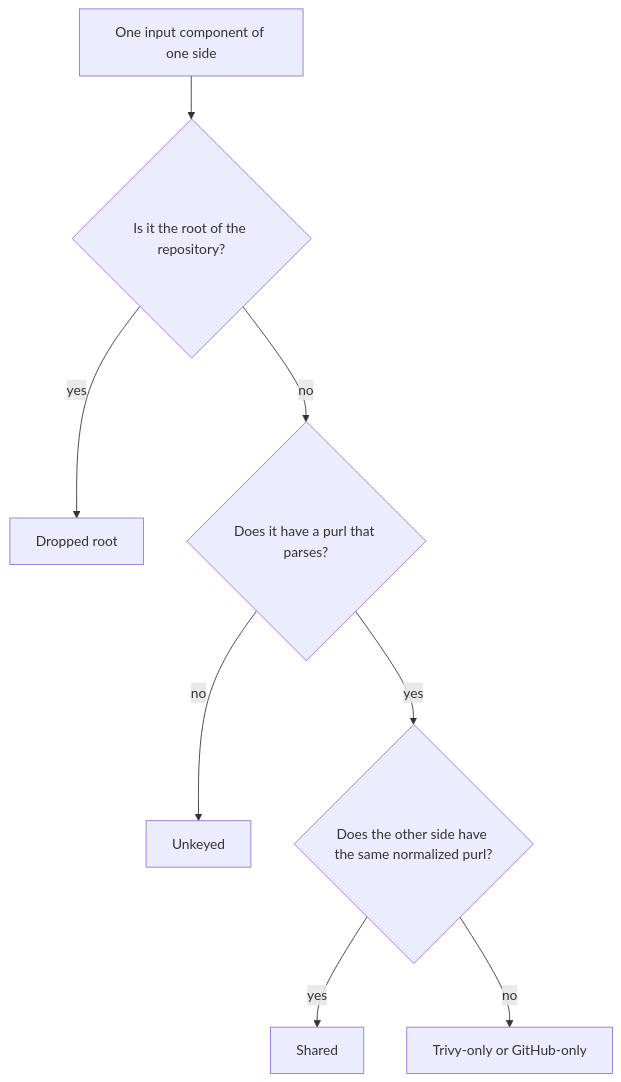
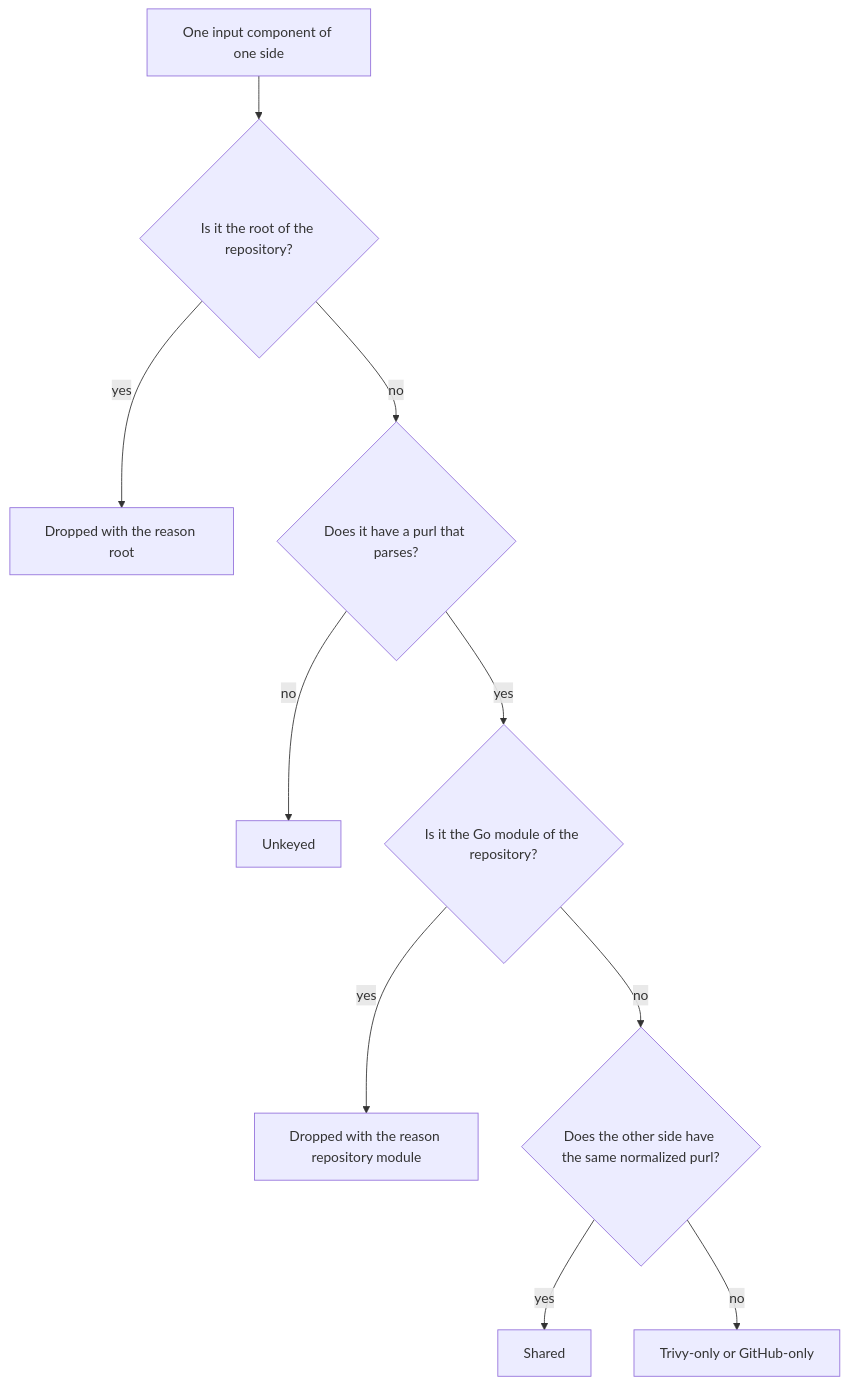
One commit to magnusp/supplychain-operations changed the second of 2 diagrams in tools/depgraph-gap/README.md. Above: the diagram before and after it, drawn with Mermaid. The commit also changed other lines of this file and 12 other files, not shown here.

First line of the commit message:
Drop the Trivy repository Go module as a second root

````diff
--- a/tools/depgraph-gap/README.md
+++ b/tools/depgraph-gap/README.md
@@ -86,10 +86,12 @@
 ```mermaid
 flowchart TD
     input[One input component of one side] --> root{Is it the root of the repository?}
-    root -- yes --> dropped[Dropped root]
+    root -- yes --> dropped[Dropped with the reason root]
     root -- no --> purl{Does it have a purl that parses?}
     purl -- no --> unkeyed[Unkeyed]
-    purl -- yes --> other{Does the other side have the same normalized purl?}
+    purl -- yes --> module{Is it the Go module of the repository?}
+    module -- yes --> moduleDropped[Dropped with the reason repository module]
+    module -- no --> other{Does the other side have the same normalized purl?}
     other -- yes --> shared[Shared]
     other -- no --> only[Trivy-only or GitHub-only]
 ```
````
